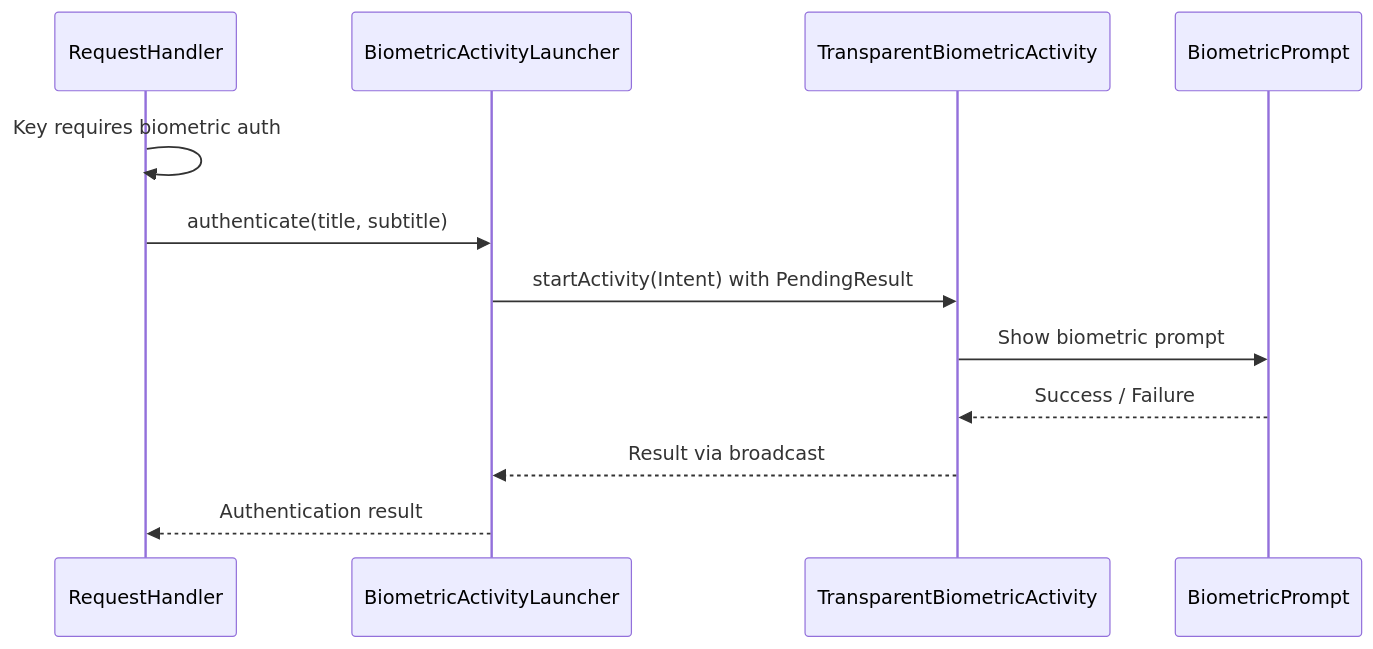
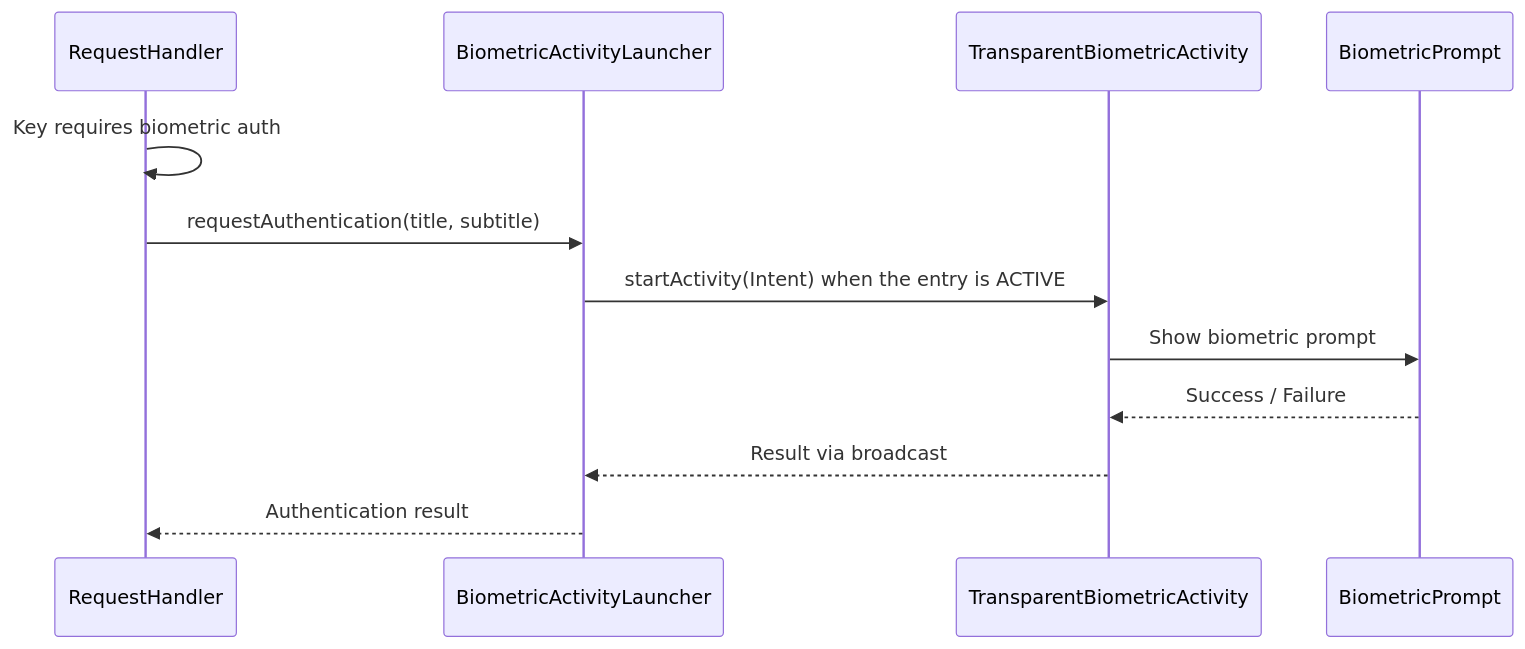
Before and after one commit to jeremyhahn/xkey-android: the diagram in docs/user-verification/architecture.md, drawn with Mermaid. The commit also changed other lines of this file and 39 other files, not shown here.

````diff
--- a/docs/user-verification/architecture.md
+++ b/docs/user-verification/architecture.md
@@ -14,15 +24,15 @@
 ```mermaid
 sequenceDiagram
     participant RH as RequestHandler
     participant BAL as BiometricActivityLauncher
     participant TBA as TransparentBiometricActivity
     participant BIO as BiometricPrompt
 
     RH->>RH: Key requires biometric auth
-    RH->>BAL: authenticate(title, subtitle)
-    BAL->>TBA: startActivity(Intent) with PendingResult
+    RH->>BAL: requestAuthentication(title, subtitle)
+    BAL->>TBA: startActivity(Intent) when the entry is ACTIVE
     TBA->>BIO: Show biometric prompt
     BIO-->>TBA: Success / Failure
     TBA-->>BAL: Result via broadcast
     BAL-->>RH: Authentication result
 ```
````
